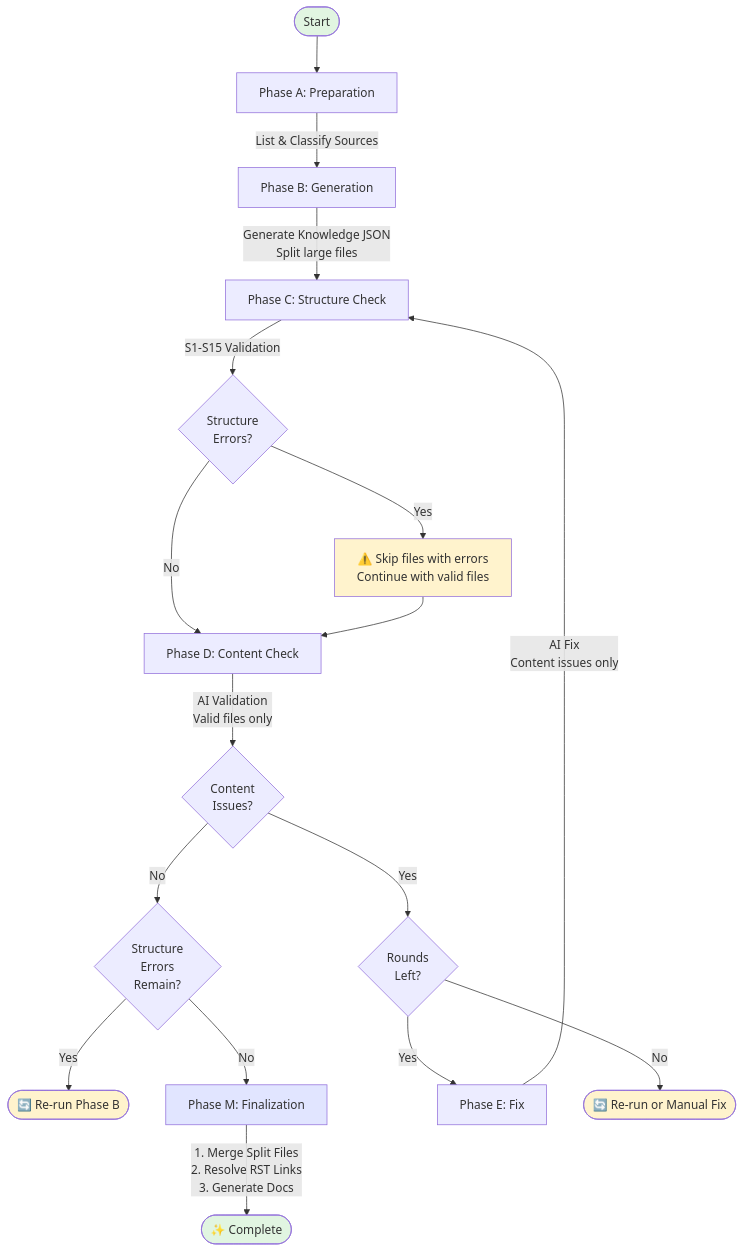
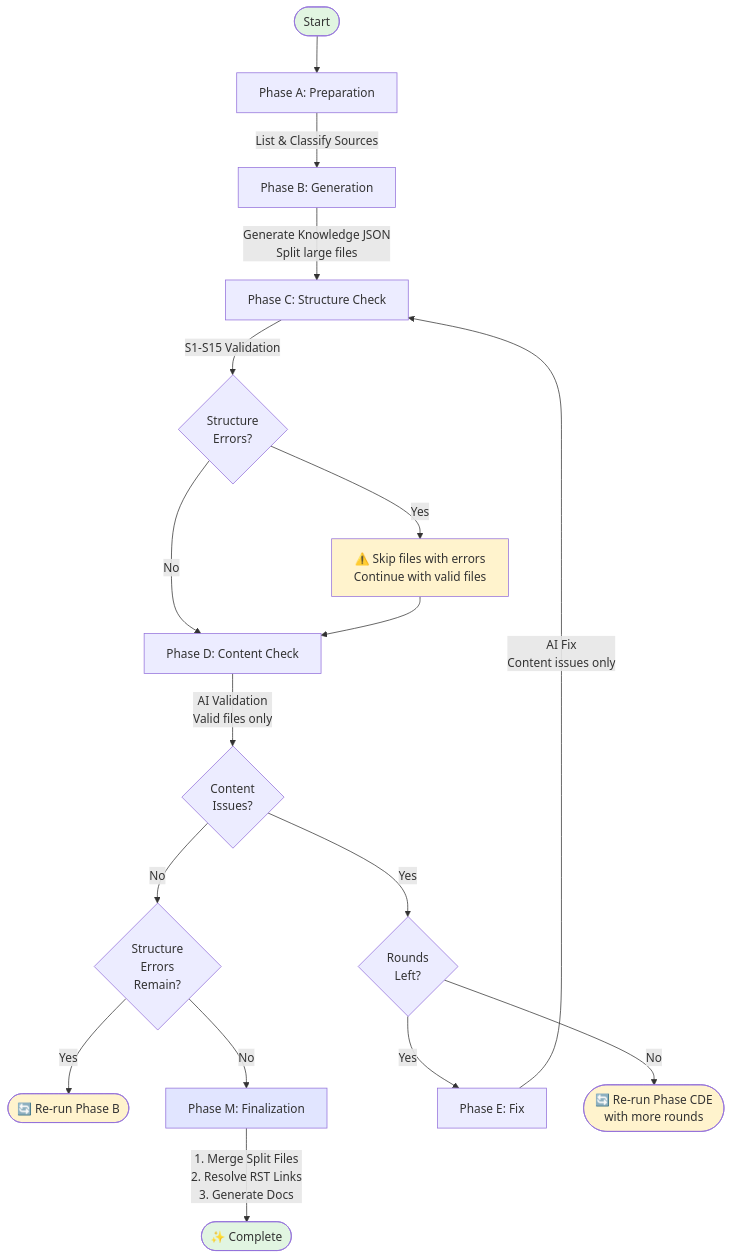
Before and after one commit to nablarch/nabledge-dev: the diagram in tools/knowledge-creator/README.md, drawn with Mermaid.

Commit message:
refactor: Remove manual fix option from flow diagram
Replace vague "Manual Fix" with concrete re-run instructions:

Before:
- RerunDE([🔄 Re-run or Manual Fix]) - implies human JSON editing

After:
- RerunCDE([🔄 Re-run Phase CDE with more rounds]) - clear action

Max rounds reached means content issues remain unresolved.
Solution: Re-run validation/fix loop with increased --max-rounds.

All exit nodes now provide actionable automated solutions.

````diff
--- a/tools/knowledge-creator/README.md
+++ b/tools/knowledge-creator/README.md
@@ -9,26 +9,26 @@
 ```mermaid
 flowchart TD
     Start([Start]) --> A[Phase A: Preparation]
     A --> |List & Classify Sources| B[Phase B: Generation]
     B --> |Generate Knowledge JSON<br/>Split large files| C[Phase C: Structure Check]
     C --> |S1-S15 Validation| PassC{Structure<br/>Errors?}
     PassC --> |Yes| StructWarn[⚠️ Skip files with errors<br/>Continue with valid files]
     PassC --> |No| D[Phase D: Content Check]
     StructWarn --> D
     D --> |AI Validation<br/>Valid files only| PassD{Content<br/>Issues?}
     PassD --> |No| CheckStruct{Structure<br/>Errors<br/>Remain?}
     CheckStruct --> |Yes| RerunB([🔄 Re-run Phase B])
     CheckStruct --> |No| M[Phase M: Finalization]
     PassD --> |Yes| Round{Rounds<br/>Left?}
     Round --> |Yes| E[Phase E: Fix]
-    Round --> |No| RerunDE([🔄 Re-run or Manual Fix])
+    Round --> |No| RerunCDE([🔄 Re-run Phase CDE<br/>with more rounds])
     E --> |AI Fix<br/>Content issues only| C
     M --> |1. Merge Split Files<br/>2. Resolve RST Links<br/>3. Generate Docs| Complete([✨ Complete])
 
     style Start fill:#e1f5e1
     style Complete fill:#e1f5e1
     style RerunB fill:#fff3cd
-    style RerunDE fill:#fff3cd
+    style RerunCDE fill:#fff3cd
     style StructWarn fill:#fff3cd
     style M fill:#e1e5ff
 ```
````
